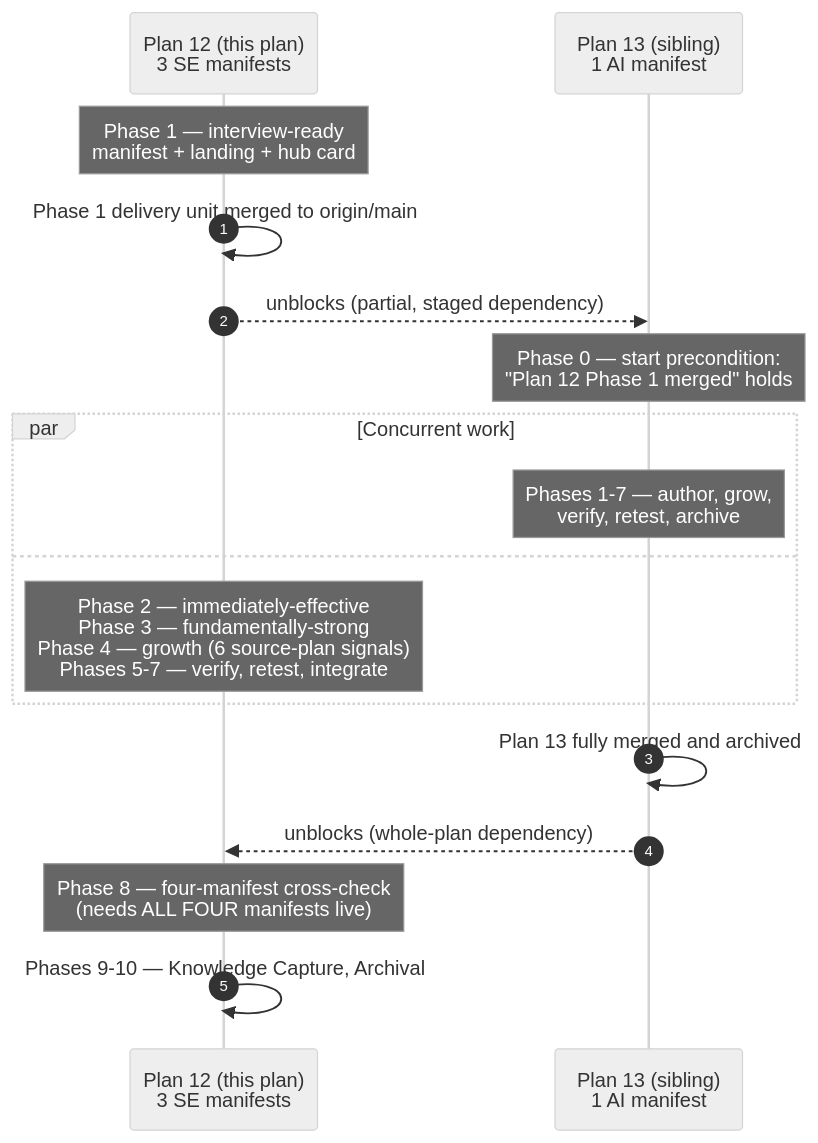
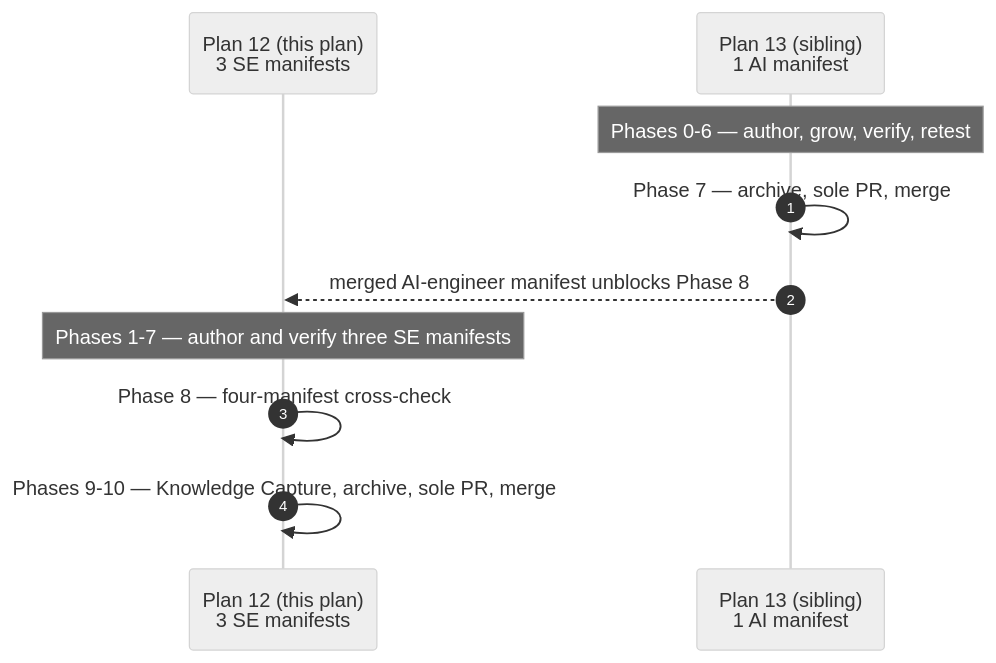
The first of 3 diagrams in plans/backlog/ayokoding-learning-path-12-careers-se-manifests/README.md (wahidyankf/open-sharia-fintech), drawn with Mermaid (neutral theme) before and after one commit. The commit also changed other lines of this file and 49 other files, not shown here.

````diff
--- a/plans/backlog/ayokoding-learning-path-12-careers-se-manifests/README.md
+++ b/plans/backlog/ayokoding-learning-path-12-careers-se-manifests/README.md
@@ -98,22 +86,15 @@
 ```mermaid
 %% The plan-12 / plan-13 coupling, shown as a sequence to make the non-circularity explicit.
 %% Time flows top to bottom. Every arrow points forward in time — there is no arrow pointing backward.
 sequenceDiagram
     autonumber
     participant P12 as Plan 12 (this plan)<br/>3 SE manifests
     participant P13 as Plan 13 (sibling)<br/>1 AI manifest
 
-    Note over P12: Phase 1 — interview-ready<br/>manifest + landing + hub card
-    P12->>P12: Phase 1 delivery unit merged to origin/main
-    P12-->>P13: unblocks (partial, staged dependency)
-    Note over P13: Phase 0 — start precondition:<br/>"Plan 12 Phase 1 merged" holds
-    par Concurrent work
-        Note over P13: Phases 1-7 — author, grow,<br/>verify, retest, archive
-    and
-        Note over P12: Phase 2 — immediately-effective<br/>Phase 3 — fundamentally-strong<br/>Phase 4 — growth (6 source-plan signals)<br/>Phases 5-7 — verify, retest, integrate
-    end
-    P13->>P13: Plan 13 fully merged and archived
-    P13-->>P12: unblocks (whole-plan dependency)
-    Note over P12: Phase 8 — four-manifest cross-check<br/>(needs ALL FOUR manifests live)
-    P12->>P12: Phases 9-10 — Knowledge Capture, Archival
+    Note over P13: Phases 0-6 — author, grow, verify, retest
+    P13->>P13: Phase 7 — archive, sole PR, merge
+    P13-->>P12: merged AI-engineer manifest unblocks Phase 8
+    Note over P12: Phases 1-7 — author and verify three SE manifests
+    P12->>P12: Phase 8 — four-manifest cross-check
+    P12->>P12: Phases 9-10 — Knowledge Capture, archive, sole PR, merge
 ```
````
